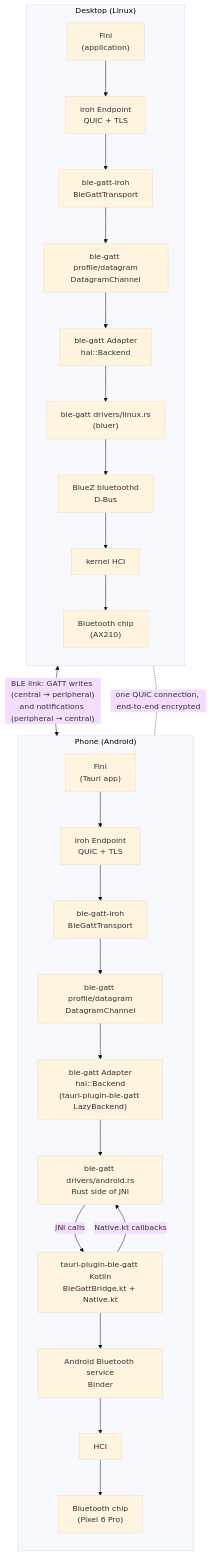
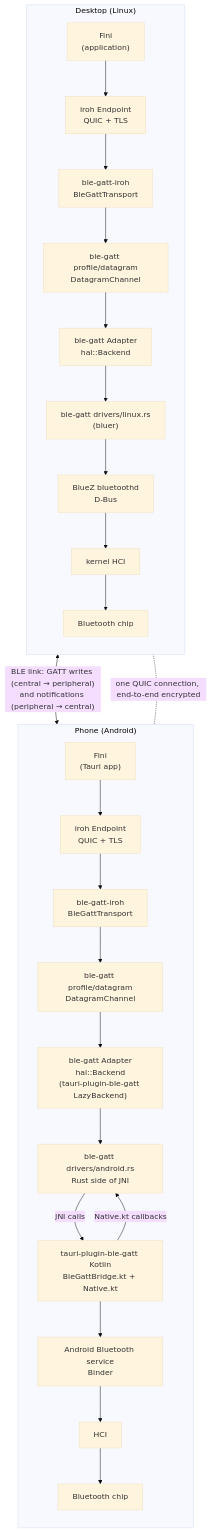
Before and after one commit to VRuzhentsov/ble-gatt: the diagram in docs/architecture.md, drawn with Mermaid (base theme). The commit also changed other lines of this file, not shown here.

Commit message:
Name no specific devices in the architecture diagram

````diff
--- a/docs/architecture.md
+++ b/docs/architecture.md
@@ -150,37 +150,37 @@
 ```mermaid
 flowchart TB
     subgraph desktop["Desktop (Linux)"]
         direction TB
         dApp["Fini<br/>(application)"]
         dIroh["iroh Endpoint<br/>QUIC + TLS"]
         dTransport["ble-gatt-iroh<br/>BleGattTransport"]
         dDatagram["ble-gatt profile/datagram<br/>DatagramChannel"]
         dAdapter["ble-gatt Adapter<br/>hal::Backend"]
         dDriver["ble-gatt drivers/linux.rs<br/>(bluer)"]
         dBluez["BlueZ bluetoothd<br/>D-Bus"]
         dHci["kernel HCI"]
-        dChip["Bluetooth chip<br/>(AX210)"]
+        dChip["Bluetooth chip"]
         dApp --> dIroh --> dTransport --> dDatagram --> dAdapter --> dDriver --> dBluez --> dHci --> dChip
     end
 
     subgraph phone["Phone (Android)"]
         direction TB
         pApp["Fini<br/>(Tauri app)"]
         pIroh["iroh Endpoint<br/>QUIC + TLS"]
         pTransport["ble-gatt-iroh<br/>BleGattTransport"]
         pDatagram["ble-gatt profile/datagram<br/>DatagramChannel"]
         pAdapter["ble-gatt Adapter<br/>hal::Backend<br/>(tauri-plugin-ble-gatt LazyBackend)"]
         pDriver["ble-gatt drivers/android.rs<br/>Rust side of JNI"]
         pKotlin["tauri-plugin-ble-gatt Kotlin<br/>BleGattBridge.kt + Native.kt"]
         pStack["Android Bluetooth service<br/>Binder"]
         pHci["HCI"]
-        pChip["Bluetooth chip<br/>(Pixel 6 Pro)"]
+        pChip["Bluetooth chip"]
         pApp --> pIroh --> pTransport --> pDatagram --> pAdapter --> pDriver
         pDriver -- "JNI calls" --> pKotlin
         pKotlin -- "Native.kt callbacks" --> pDriver
         pKotlin --> pStack --> pHci --> pChip
     end
 
     dChip <-->|"BLE link: GATT writes (central → peripheral)<br/>and notifications (peripheral → central)"| pChip
     dIroh -.-|"one QUIC connection, end-to-end encrypted"| pIroh
 ```
````
